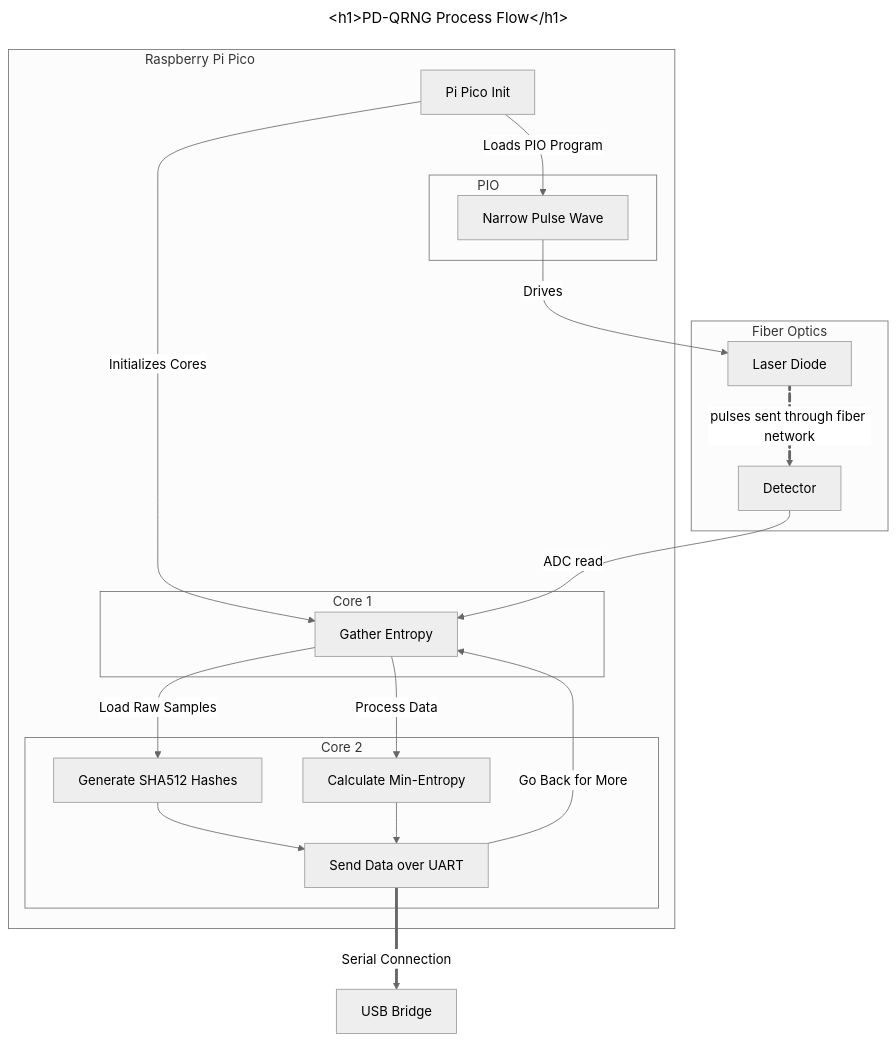
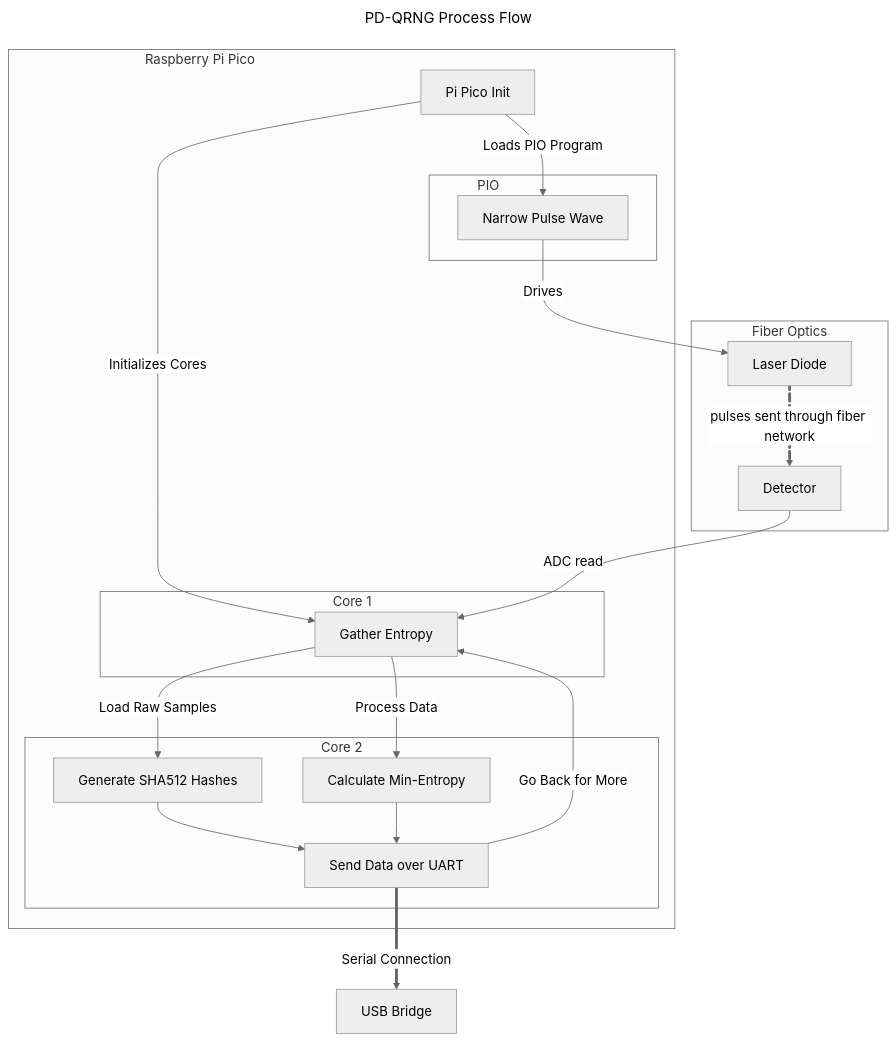
Before and after one commit to QuantumVillage/FiberRanger: the diagram in README.md, drawn with Mermaid (neutral theme).

Commit message:
added flow charts

````diff
--- a/README.md
+++ b/README.md
@@ -9,38 +9,38 @@
 ```mermaid
 ---
-title: <h1>PD-QRNG Process Flow</h1>
+title: PD-QRNG Process Flow
 ---
 
 flowchart TD
     subgraph Fiber Optics
     L[Laser Diode]
     D[Detector]
     end
     subgraph R[<div style="width:30em; height:8em; display:flex; justify-content: flex-start;">Raspberry Pi Pico</div>]
         I[Pi Pico Init]
         subgraph PIO [<div style="width:10em; height:8em; display:flex; justify-content: flex-start;">PIO</div>]
         A[Narrow Pulse Wave]
         end
         subgraph Core 1
         G[Gather Entropy]
         end
         subgraph Core 2
         M[Calculate Min-Entropy]
         S[Generate SHA512 Hashes]
         U[Send Data over UART]
         end
     end
     B[USB Bridge]
     I -->|Initializes Cores| G[Gather Entropy]
     I -->|Loads PIO Program| A
     D -->|ADC read| G
     G -->|Process Data| M
     G -->|Load Raw Samples| S
     S --> U
     M --> U
     U -->|Go Back for More| G
     A  -->|Drives| L
     L e1@==>|pulses sent through fiber network| D
     e1@{ animate: true }
     U ==>|Serial Connection| B
 ```
````
